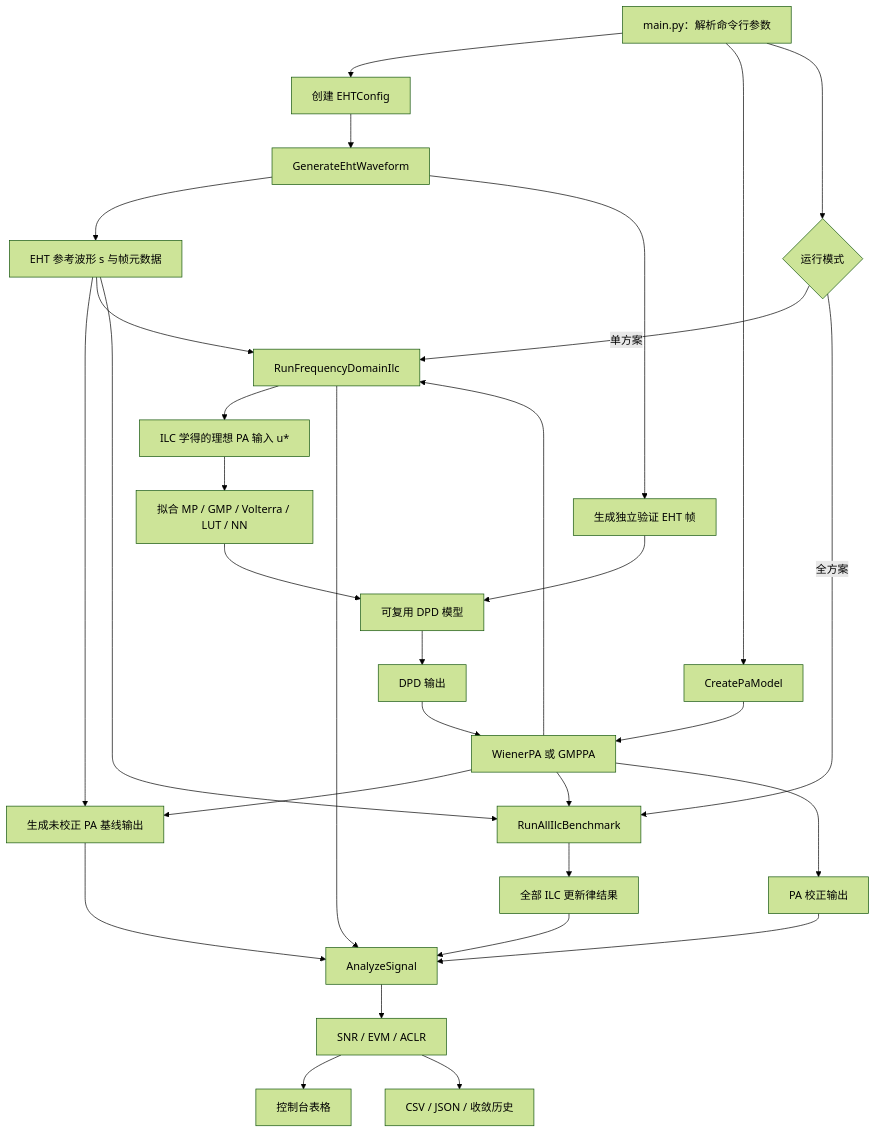
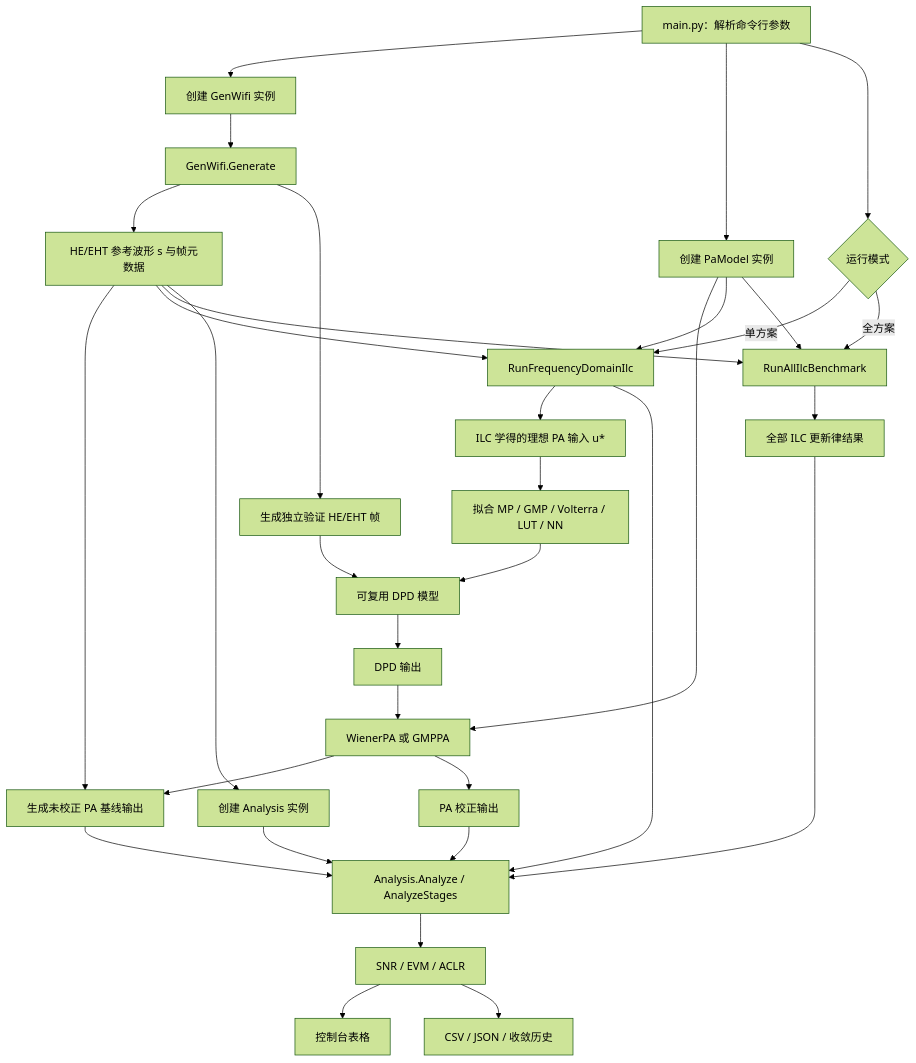
One commit to niyilu45/DPD_ILC changed the first of 9 diagrams in README.md. Above: the diagram before and after it, drawn with Mermaid (forest theme). The commit also changed other lines of this file and 8 other files, not shown here.

````diff
--- a/README.md
+++ b/README.md
@@ -24,38 +24,40 @@
 ```mermaid
 flowchart TD
-    start["main.py：解析命令行参数"] --> ehtConfig["创建 EHTConfig"]
-    ehtConfig --> waveGen["GenerateEhtWaveform"]
-    waveGen --> reference["EHT 参考波形 s 与帧元数据"]
+    start["main.py：解析命令行参数"] --> wifiGenerator["创建 GenWifi 实例"]
+    wifiGenerator --> waveGen["GenWifi.Generate"]
+    waveGen --> reference["HE/EHT 参考波形 s 与帧元数据"]
 
-    start --> paFactory["CreatePaModel"]
-    paFactory --> paModel["WienerPA 或 GMPPA"]
+    start --> paModel["创建 PaModel 实例"]
+    paModel --> paImplementation["WienerPA 或 GMPPA"]
     reference --> baseline["生成未校正 PA 基线输出"]
-    paModel --> baseline
+    paImplementation --> baseline
 
     start --> mode{"运行模式"}
     mode -->|单方案| frequencyIlc["RunFrequencyDomainIlc"]
     mode -->|全方案| benchmark["RunAllIlcBenchmark"]
     reference --> frequencyIlc
     paModel --> frequencyIlc
     reference --> benchmark
     paModel --> benchmark
 
     frequencyIlc --> learnedInput["ILC 学得的理想 PA 输入 u*"]
     benchmark --> variantResults["全部 ILC 更新律结果"]
     learnedInput --> deployFit["拟合 MP / GMP / Volterra / LUT / NN"]
     deployFit --> deployedDpd["可复用 DPD 模型"]
 
-    waveGen --> validation["生成独立验证 EHT 帧"]
+    waveGen --> validation["生成独立验证 HE/EHT 帧"]
     validation --> deployedDpd
     deployedDpd --> predistortedInput["DPD 输出"]
-    predistortedInput --> paModel
-    paModel --> correctedOutput["PA 校正输出"]
+    predistortedInput --> paImplementation
+    paImplementation --> correctedOutput["PA 校正输出"]
 
-    baseline --> analysis["AnalyzeSignal"]
-    frequencyIlc --> analysis
-    variantResults --> analysis
-    correctedOutput --> analysis
-    analysis --> metrics["SNR / EVM / ACLR"]
+    reference --> analysis["创建 Analysis 实例"]
+    baseline --> analysisMethod["Analysis.Analyze / AnalyzeStages"]
+    frequencyIlc --> analysisMethod
+    variantResults --> analysisMethod
+    correctedOutput --> analysisMethod
+    analysis --> analysisMethod
+    analysisMethod --> metrics["SNR / EVM / ACLR"]
     metrics --> console["控制台表格"]
     metrics --> files["CSV / JSON / 收敛历史"]
 ```
````
